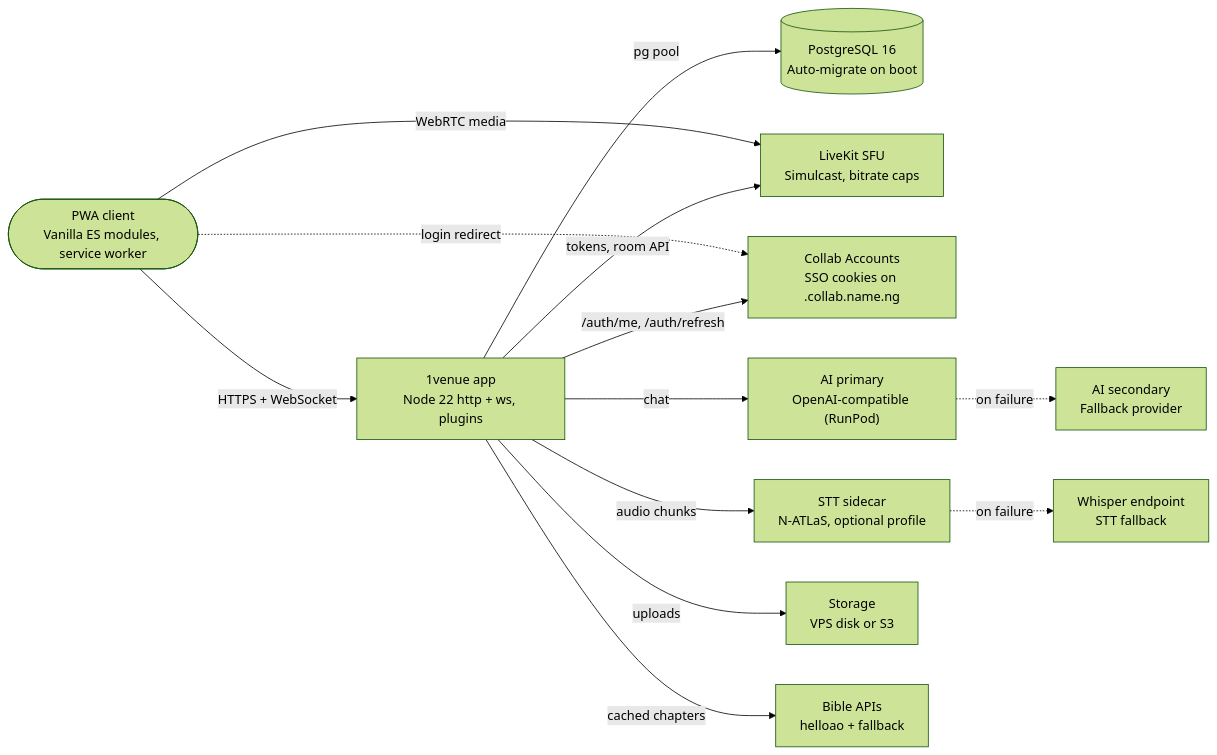
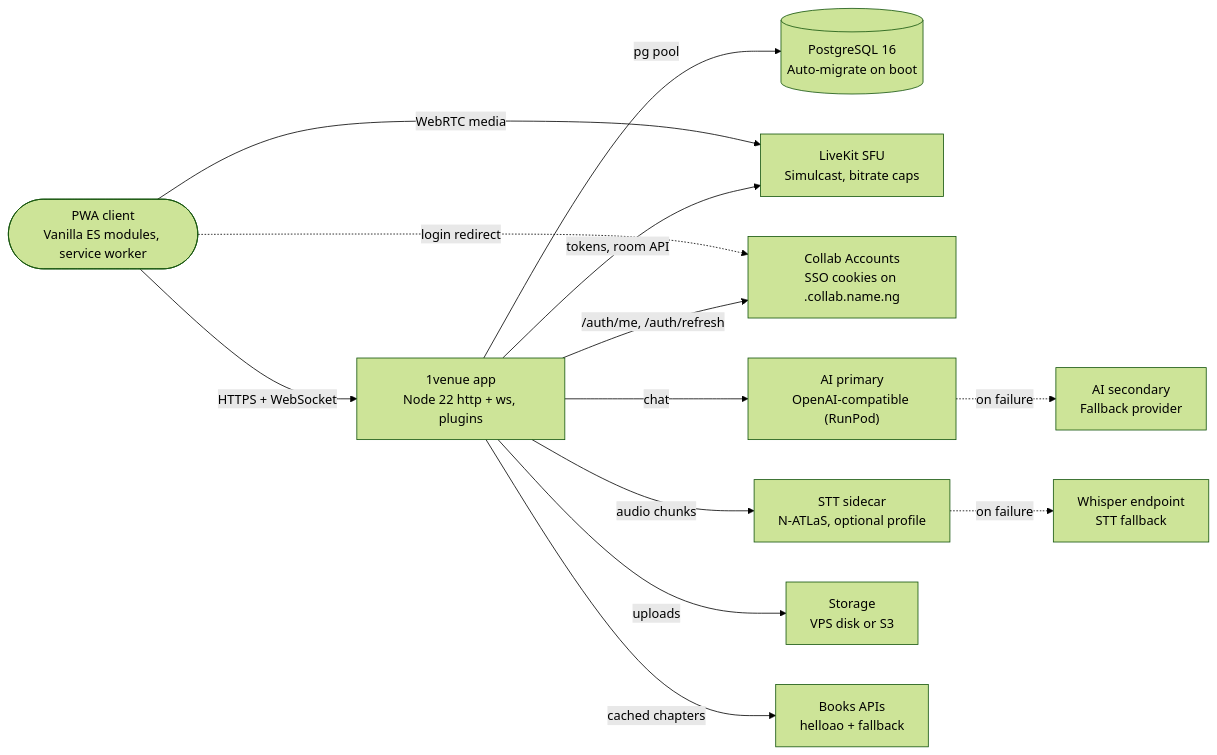
Before and after one commit to oluebubeogb/1venue: the diagram in docs/BLUEPRINT.md, drawn with Mermaid (forest theme). The commit also changed other lines of this file and 6 other files, not shown here.

Commit message:
URL: /bible → /books, Bible ↔ Qur’an isolation (the “Unknown surah” / “Unknown chapter” clash)

````diff
--- a/docs/BLUEPRINT.md
+++ b/docs/BLUEPRINT.md
@@ -32,27 +32,27 @@
 ```mermaid
 flowchart LR
   pwa(["PWA client<br/>Vanilla ES modules, service worker"])
   app["1venue app<br/>Node 22 http + ws, plugins"]
   pg[("PostgreSQL 16<br/>Auto-migrate on boot")]
   lk["LiveKit SFU<br/>Simulcast, bitrate caps"]
   sso["Collab Accounts<br/>SSO cookies on .collab.name.ng"]
   ai1["AI primary<br/>OpenAI-compatible (RunPod)"]
   ai2["AI secondary<br/>Fallback provider"]
   stt["STT sidecar<br/>N-ATLaS, optional profile"]
   wh["Whisper endpoint<br/>STT fallback"]
   st["Storage<br/>VPS disk or S3"]
-  bib["Bible APIs<br/>helloao + fallback"]
+  bib["Books APIs<br/>helloao + fallback"]
 
   pwa -->|HTTPS + WebSocket| app
   pwa -->|WebRTC media| lk
   pwa -.->|login redirect| sso
   app -->|pg pool| pg
   app -->|tokens, room API| lk
   app -->|/auth/me, /auth/refresh| sso
   app -->|chat| ai1
   ai1 -.->|on failure| ai2
   app -->|audio chunks| stt
   stt -.->|on failure| wh
   app -->|uploads| st
   app -->|cached chapters| bib
 ```
````
